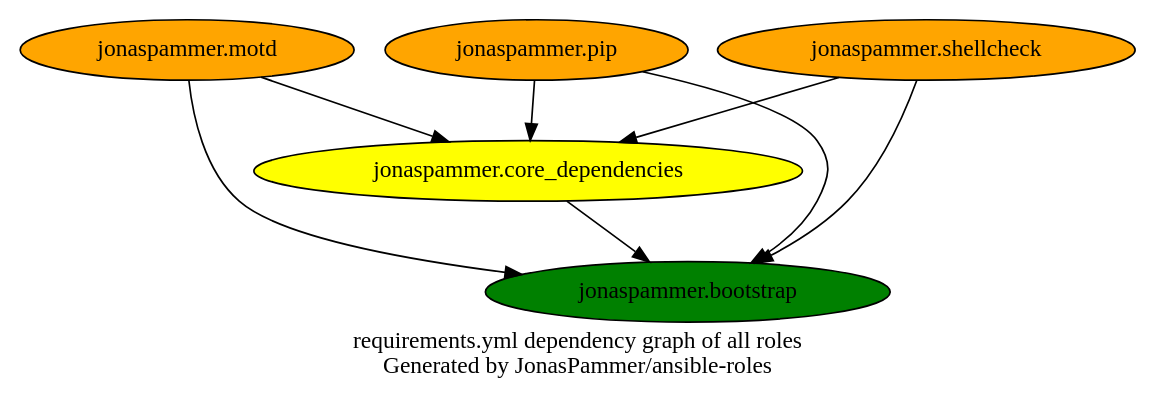
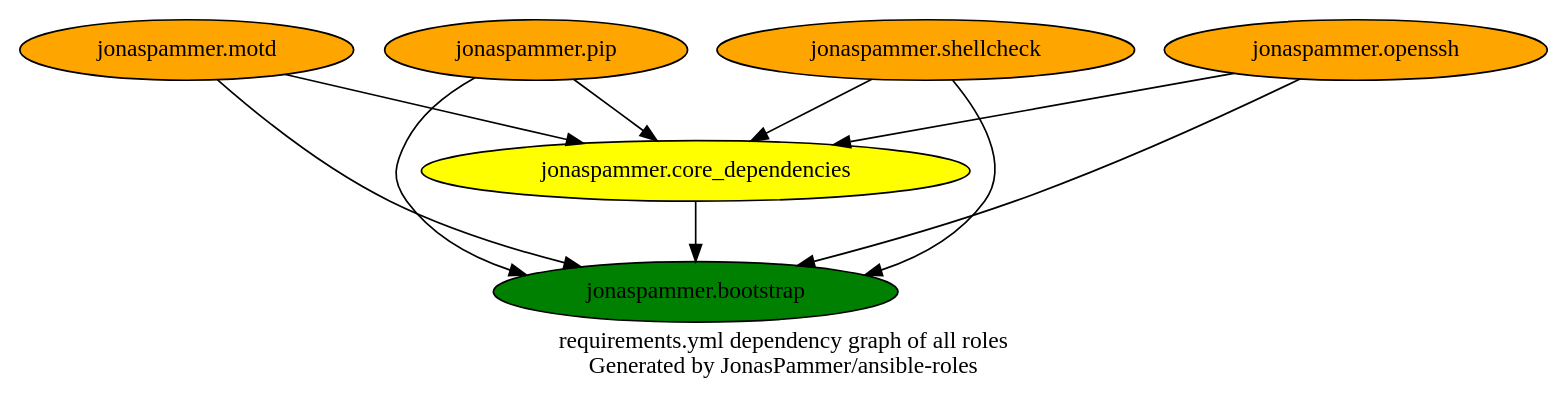
The diagram in graphs/dependencies_ALL.dot (JonasPammer/ansible-roles), drawn with Graphviz before and after one commit. The commit also changed 6 other files, not shown here.

```diff
--- a/graphs/dependencies_ALL.dot
+++ b/graphs/dependencies_ALL.dot
@@ -1,17 +1,19 @@
 digraph hierarchy {
   label = "requirements.yml dependency graph of all roles \n Generated by JonasPammer/ansible-roles" ;
 
   {
     "jonaspammer.bootstrap" [fillcolor=green style=filled]
     "jonaspammer.core_dependencies" [fillcolor=yellow style=filled]
     "jonaspammer.motd" [fillcolor=orange style=filled]
     "jonaspammer.pip" [fillcolor=orange style=filled]
     "jonaspammer.shellcheck" [fillcolor=orange style=filled]
+    "jonaspammer.openssh" [fillcolor=orange style=filled]
   }
 
 
   "jonaspammer.core_dependencies" -> {"jonaspammer.bootstrap"}
   "jonaspammer.motd" -> {"jonaspammer.bootstrap" "jonaspammer.core_dependencies"}
   "jonaspammer.pip" -> {"jonaspammer.bootstrap" "jonaspammer.core_dependencies"}
   "jonaspammer.shellcheck" -> {"jonaspammer.bootstrap" "jonaspammer.core_dependencies"}
+  "jonaspammer.openssh" -> {"jonaspammer.bootstrap" "jonaspammer.core_dependencies"}
 }
```
